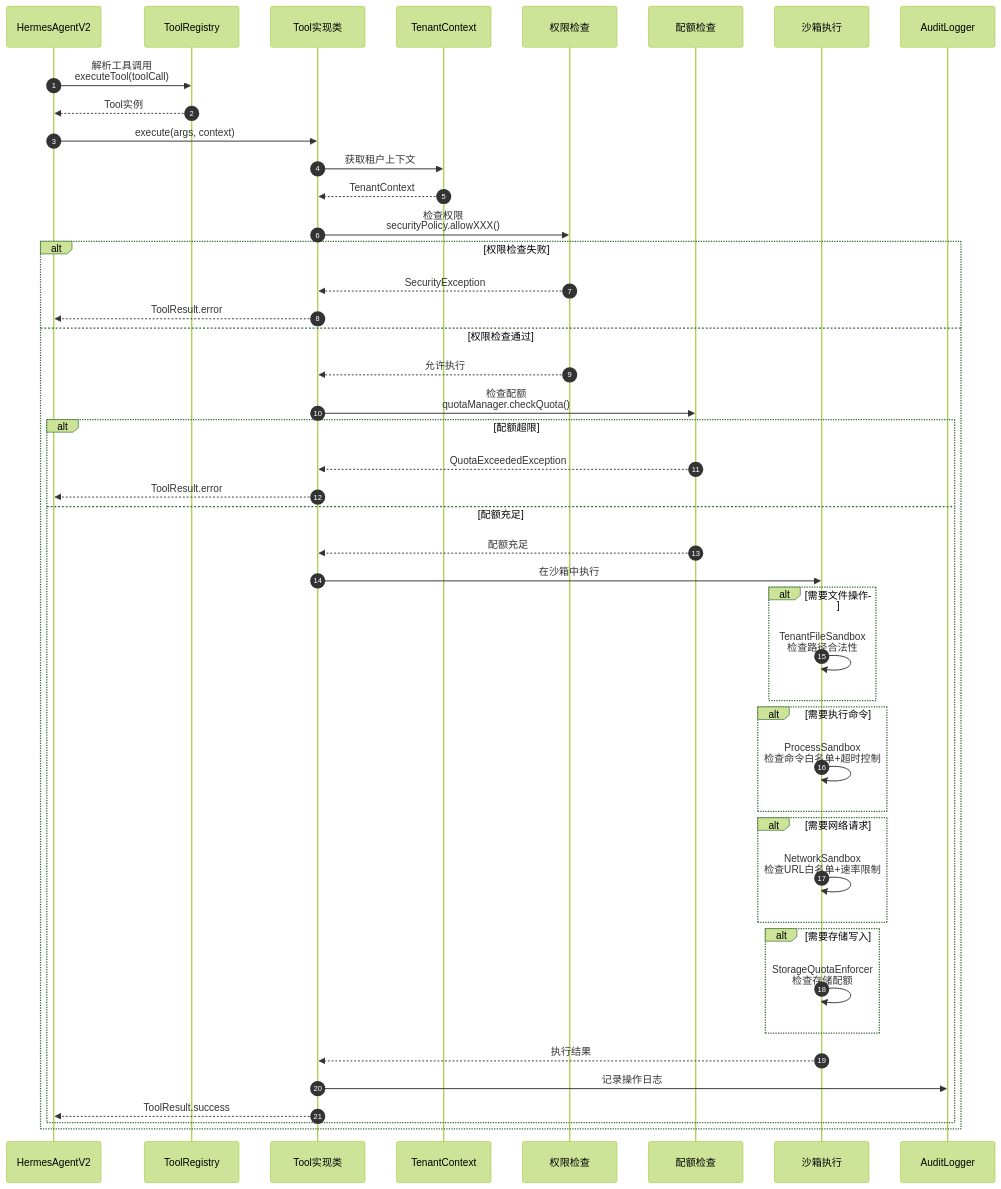
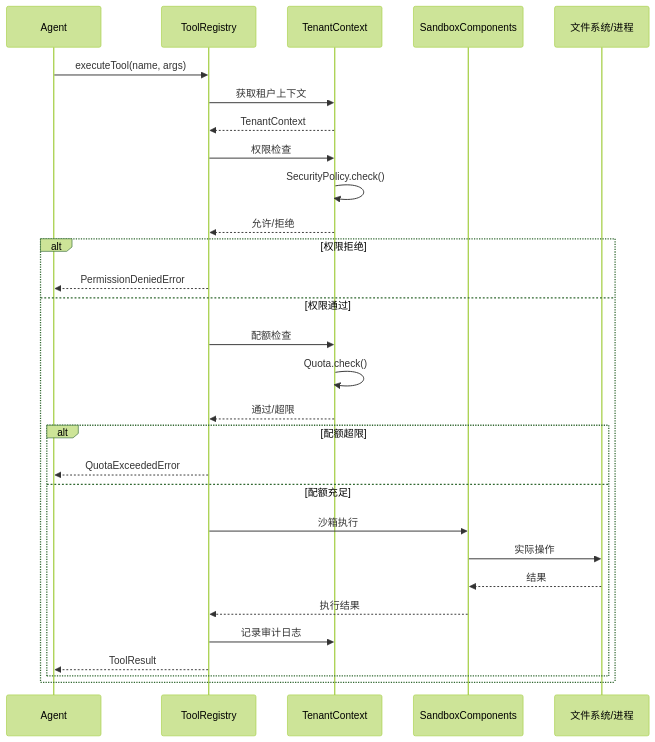
Before and after one commit to liudaac/hermes-agent-java: the third of 11 diagrams in docs/ARCHITECTURE.md, drawn with Mermaid (forest theme). The commit also changed other lines of this file and 31 other files, not shown here.

````diff
--- a/docs/ARCHITECTURE.md
+++ b/docs/ARCHITECTURE.md
@@ -316,61 +147,35 @@
 ```mermaid
 sequenceDiagram
-    autonumber
-    participant Agent as HermesAgentV2
-    participant ToolReg as ToolRegistry
-    participant Tool as Tool实现类
-    participant TenantCtx as TenantContext
-    participant Auth as 权限检查
-    participant Quota as 配额检查
-    participant Sandbox as 沙箱执行
-    participant Audit as AuditLogger
+    participant Agent as Agent
+    participant Tool as ToolRegistry
+    participant Ctx as TenantContext
+    participant Sandbox as SandboxComponents
+    participant FS as 文件系统/进程
 
-    Agent->>ToolReg: 解析工具调用<br/>executeTool(toolCall)
-    ToolReg-->>Agent: Tool实例
+    Agent->>Tool: executeTool(name, args)
+    Tool->>Ctx: 获取租户上下文
+    Ctx-->>Tool: TenantContext
     
-    Agent->>Tool: execute(args, context)
+    Tool->>Ctx: 权限检查
+    Ctx->>Ctx: SecurityPolicy.check()
+    Ctx-->>Tool: 允许/拒绝
     
-    Tool->>TenantCtx: 获取租户上下文
-    TenantCtx-->>Tool: TenantContext
-    
-    Tool->>Auth: 检查权限<br/>securityPolicy.allowXXX()
-    
-    alt 权限检查失败
-        Auth-->>Tool: SecurityException
-        Tool-->>Agent: ToolResult.error
-    else 权限检查通过
-        Auth-->>Tool: 允许执行
-        
-        Tool->>Quota: 检查配额<br/>quotaManager.checkQuota()
+    alt 权限拒绝
+        Tool-->>Agent: PermissionDeniedError
+    else 权限通过
+        Tool->>Ctx: 配额检查
+        Ctx->>Ctx: Quota.check()
+        Ctx-->>Tool: 通过/超限
         
         alt 配额超限
-            Quota-->>Tool: QuotaExceededException
-            Tool-->>Agent: ToolResult.error
+            Tool-->>Agent: QuotaExceededError
         else 配额充足
-            Quota-->>Tool: 配额充足
-            
-            Tool->>Sandbox: 在沙箱中执行
-            
-            alt 需要文件操作
-                Sandbox->>Sandbox: TenantFileSandbox<br/>检查路径合法性
-            end
-            
-            alt 需要执行命令
-                Sandbox->>Sandbox: ProcessSandbox<br/>检查命令白名单+超时控制
-            end
-            
-            alt 需要网络请求
-                Sandbox->>Sandbox: NetworkSandbox<br/>检查URL白名单+速率限制
-            end
-            
-            alt 需要存储写入
-                Sandbox->>Sandbox: StorageQuotaEnforcer<br/>检查存储配额
-            end
-            
+            Tool->>Sandbox: 沙箱执行
+            Sandbox->>FS: 实际操作
+            FS-->>Sandbox: 结果
             Sandbox-->>Tool: 执行结果
-            
-            Tool->>Audit: 记录操作日志
-            Tool-->>Agent: ToolResult.success
+            Tool->>Ctx: 记录审计日志
+            Tool-->>Agent: ToolResult
         end
     end
 ```
````
